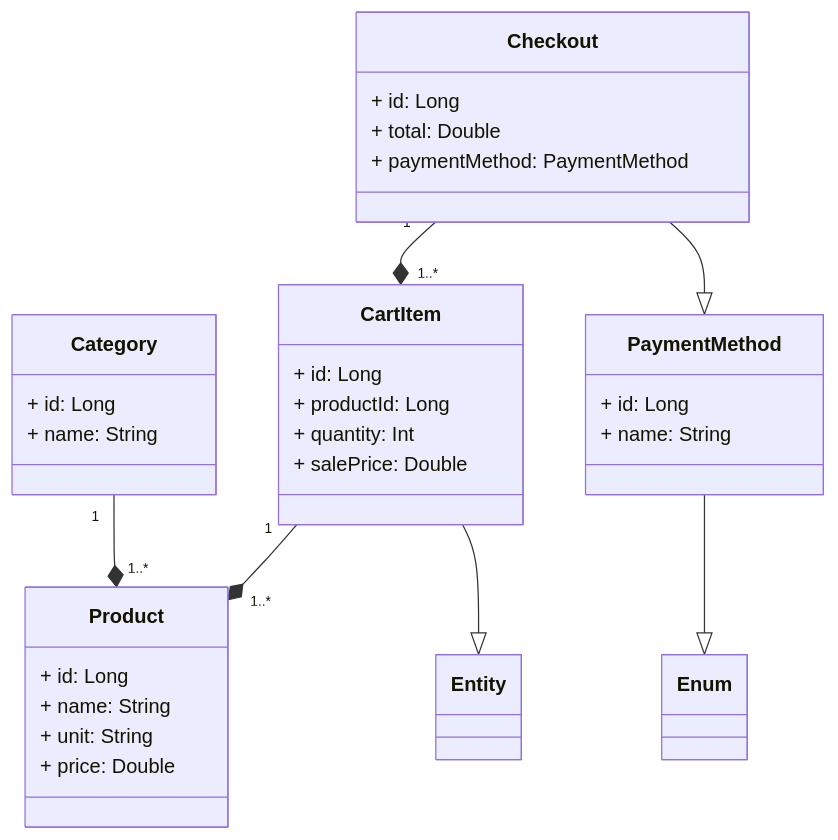
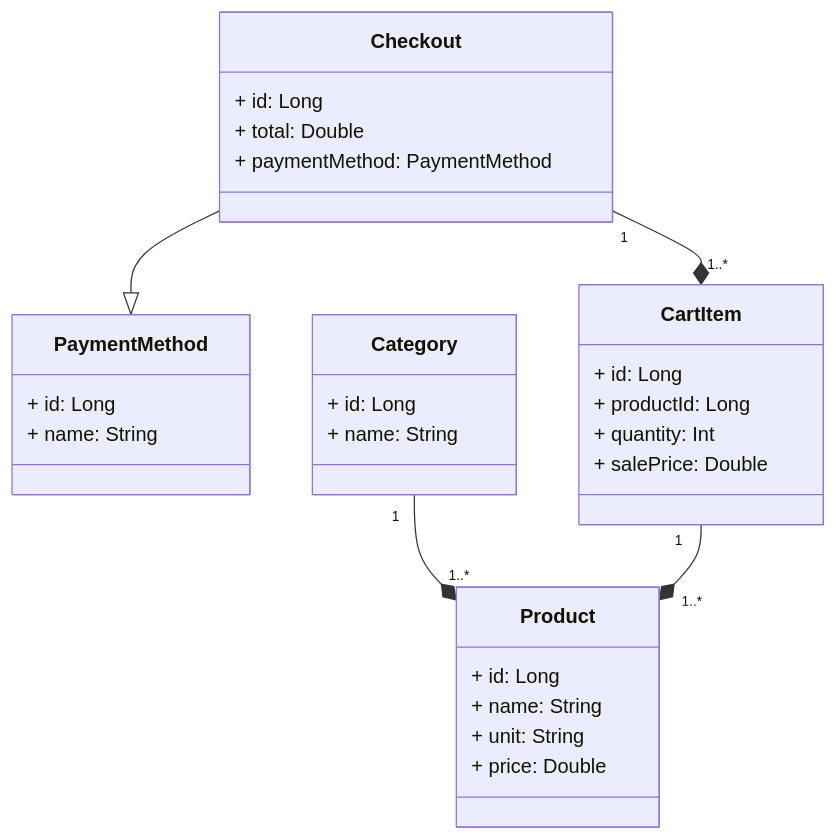
Before and after one commit to CaioZamana/santander-Java-backend-market-2023: the diagram in README.md, drawn with Mermaid.

````diff
--- a/README.md
+++ b/README.md
@@ -15,42 +15,40 @@
 ```mermaid
 classDiagram
   class PaymentMethod {
     + id: Long
     + name: String
   }
 
   class Category {
     + id: Long
     + name: String
   }
 
   class Product {
     + id: Long
     + name: String
     + unit: String
     + price: Double
   }
 
   class CartItem {
     + id: Long
     + productId: Long
     + quantity: Int
     + salePrice: Double
   }
 
   class Checkout {
     + id: Long
     + total: Double
     + paymentMethod: PaymentMethod
   }
 
-  PaymentMethod --|> Enum
   Category "1" --* "1..*" Product
   CartItem "1" --* "1..*" Product
-  CartItem --|> Entity
   Checkout "1" --* "1..*" CartItem
   Checkout --|> PaymentMethod
 
 
 
 ```
````
